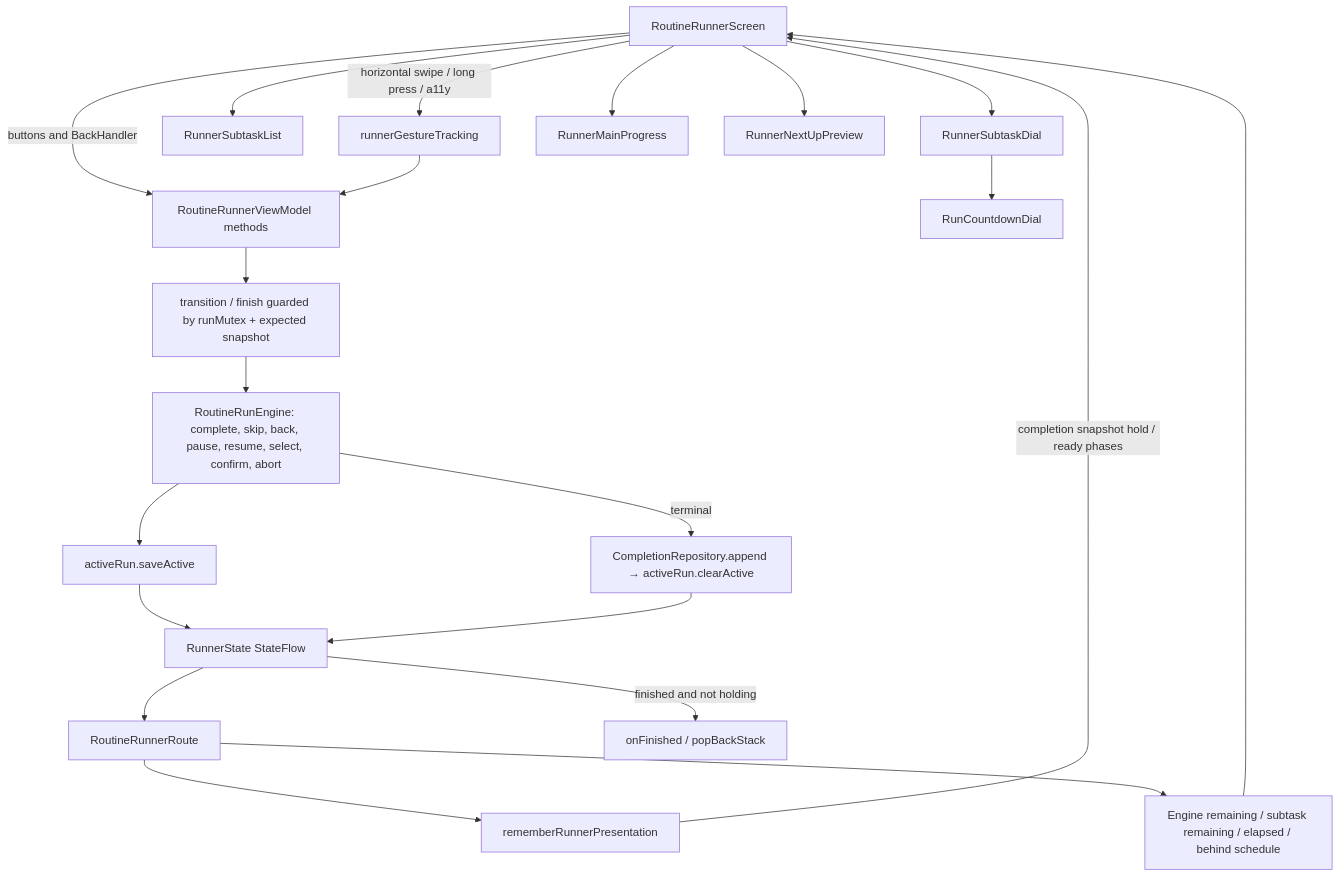
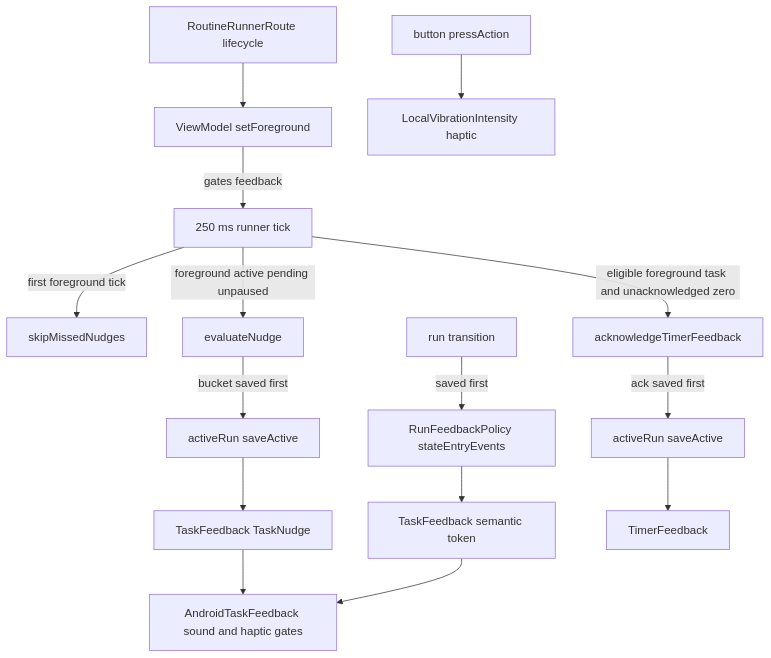
One commit to matthewdmanning/TaskChain changed the fourth of 6 diagrams in docs/ui/TaskChain-UI-Wiring-refactor-feature-integration.md. Above: the diagram before and after it, drawn with Mermaid. The commit also changed other lines of this file, not shown here.

First line of the commit message:
docs(ui): refresh feature integration wiring diagram

````diff
--- a/docs/ui/TaskChain-UI-Wiring-refactor-feature-integration.md
+++ b/docs/ui/TaskChain-UI-Wiring-refactor-feature-integration.md
@@ -76,23 +150,17 @@
 ```mermaid
 flowchart TD
-  SCREEN[RoutineRunnerScreen] -->|buttons and BackHandler| ACTIONS[RoutineRunnerViewModel methods]
-  SCREEN -->|horizontal swipe / long press / a11y| G[runnerGestureTracking]
-  G --> ACTIONS
-  ACTIONS --> GUARD[transition / finish guarded by runMutex + expected snapshot]
-  GUARD --> ENGINE[RoutineRunEngine: complete, skip, back, pause, resume, select, confirm, abort]
-  ENGINE --> ACTIVE[activeRun.saveActive]
-  ENGINE -->|terminal| HISTORY[CompletionRepository.append → activeRun.clearActive]
-  ACTIVE --> STATE[RunnerState StateFlow]
-  HISTORY --> STATE
-  STATE --> ROUTE[RoutineRunnerRoute]
-  ROUTE --> P[rememberRunnerPresentation]
-  P -->|completion snapshot hold / ready phases| SCREEN
-  ROUTE --> TIME[Engine remaining / subtask remaining / elapsed / behind schedule]
-  TIME --> SCREEN
-  SCREEN --> SL[RunnerSubtaskList]
-  SCREEN --> SD[RunnerSubtaskDial]
-  SD --> CD[RunCountdownDial]
-  SCREEN --> RP[RunnerMainProgress]
-  SCREEN --> NP[RunnerNextUpPreview]
-  STATE -->|finished and not holding| NAV[onFinished / popBackStack]
+    LIFE[RoutineRunnerRoute lifecycle] --> FG[ViewModel setForeground]
+    FG -->|gates feedback| TICK[250 ms runner tick]
+    TICK -->|first foreground tick| SYNC[skipMissedNudges]
+    TICK -->|foreground active pending unpaused| NUDGE[evaluateNudge]
+    NUDGE -->|bucket saved first| ACTIVE1[activeRun saveActive]
+    ACTIVE1 --> NUDGE_FB[TaskFeedback TaskNudge]
+    TRANSITION[run transition] -->|saved first| EVENTS[RunFeedbackPolicy stateEntryEvents]
+    EVENTS --> STATE_FB[TaskFeedback semantic token]
+    TICK -->|eligible foreground task and unacknowledged zero| ACK[acknowledgeTimerFeedback]
+    ACK -->|ack saved first| ACTIVE2[activeRun saveActive]
+    ACTIVE2 --> ZERO_FB[TimerFeedback]
+    PRESS[button pressAction] --> VIBRATE[LocalVibrationIntensity haptic]
+    NUDGE_FB --> ADAPTER[AndroidTaskFeedback sound and haptic gates]
+    STATE_FB --> ADAPTER
 ```
````
